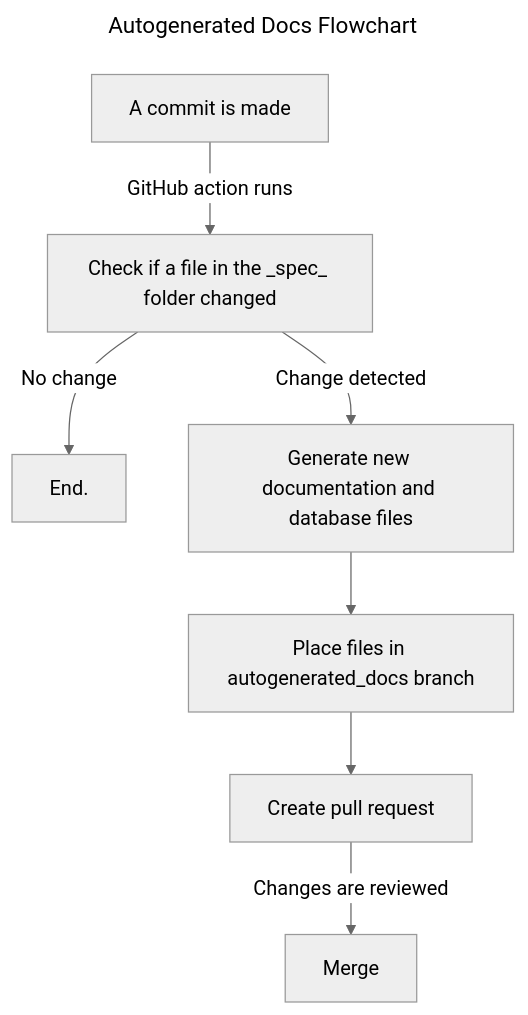
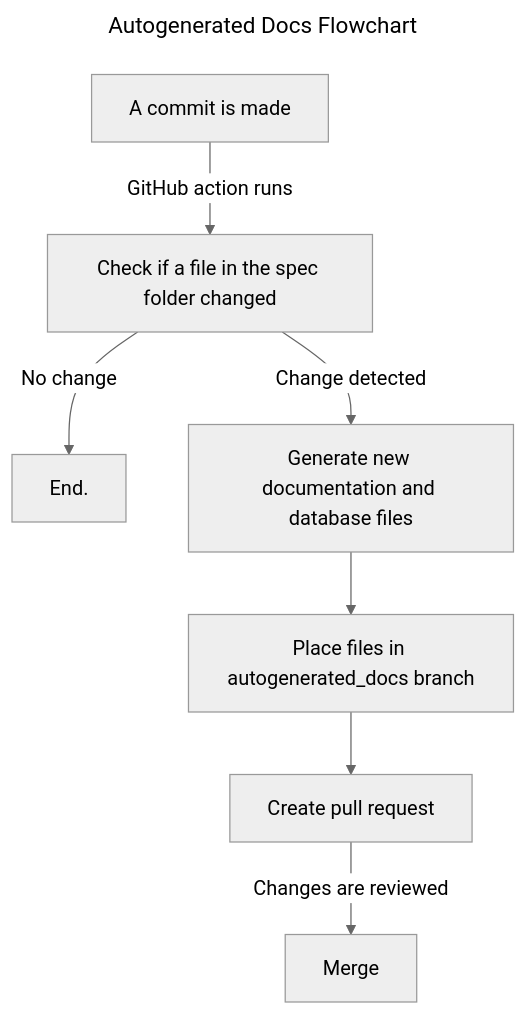
Before and after one commit to zephyr-data-specs/GMNS: the second of 2 diagrams in docs/README.md, drawn with Mermaid (neutral theme). The commit also changed other lines of this file, not shown here.

````diff
--- a/docs/README.md
+++ b/docs/README.md
@@ -174,21 +174,21 @@
 ```mermaid
 ---
 title: Autogenerated Docs Flowchart
 ---
 flowchart TD
     A["A commit is made"]
-    B["Check if a file in the _spec_ folder changed"]
+    B["Check if a file in the spec folder changed"]
 
     C["End."]
     D["Generate new documentation and database files"]
     E["Place files in autogenerated_docs branch"]
     F["Create pull request"]
     G["Merge"]
 
     A -->|GitHub action runs| B
     B -->|No change| C
     B -->|Change detected| D
     D --> E
     E --> F
     F -->|Changes are reviewed| G
 ```
````
